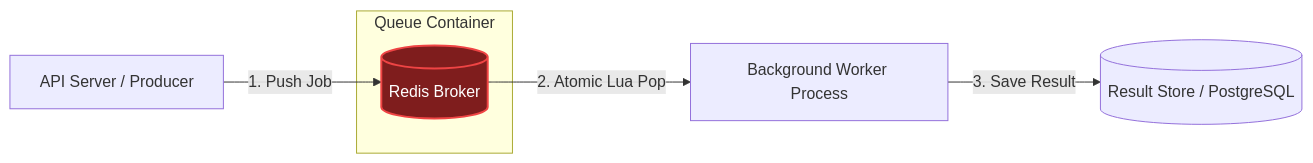
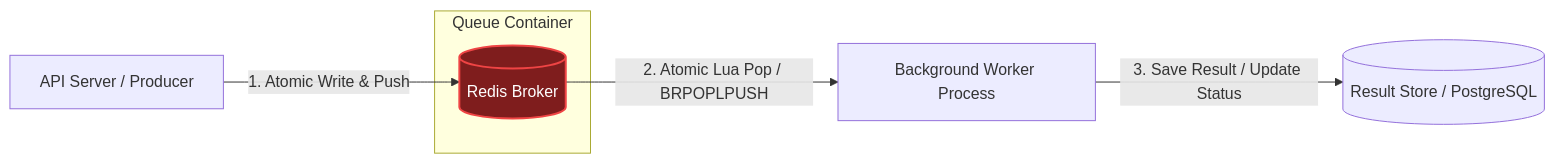
Before and after one commit to awoladhossain/awolad-docs: the fifth of 10 diagrams in content/backend-concurrency.md, drawn with Mermaid. The commit also changed other lines of this file and 1 other file, not shown here.

````diff
--- a/content/backend-concurrency.md
+++ b/content/backend-concurrency.md
@@ -360,11 +365,11 @@
 ```mermaid
 flowchart LR
-    Producer[API Server / Producer] -->|1. Push Job| RedisContainer[(Redis Broker)]
+    Producer[API Server / Producer] -->|1. Atomic Write & Push| RedisContainer[(Redis Broker)]
     subgraph QueueSpace [Queue Container]
         RedisContainer
     end
-    RedisContainer -->|2. Atomic Lua Pop| Worker[Background Worker Process]
-    Worker -->|3. Save Result| ResultStore[(Result Store / PostgreSQL)]
+    RedisContainer -->|2. Atomic Lua Pop / BRPOPLPUSH| Worker[Background Worker Process]
+    Worker -->|3. Save Result / Update Status| ResultStore[(Result Store / PostgreSQL)]
 
     style RedisContainer fill:#7f1d1d,stroke:#ef4444,stroke-width:2px,color:#fff
 ```
````
